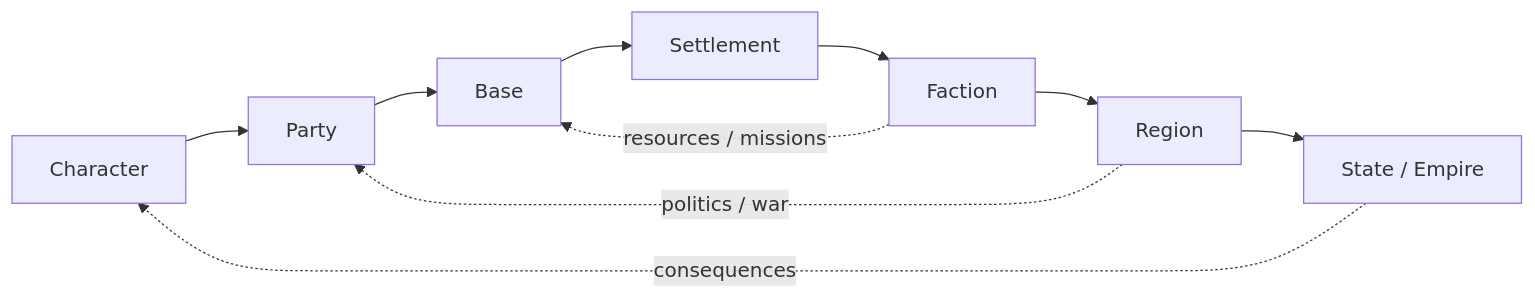
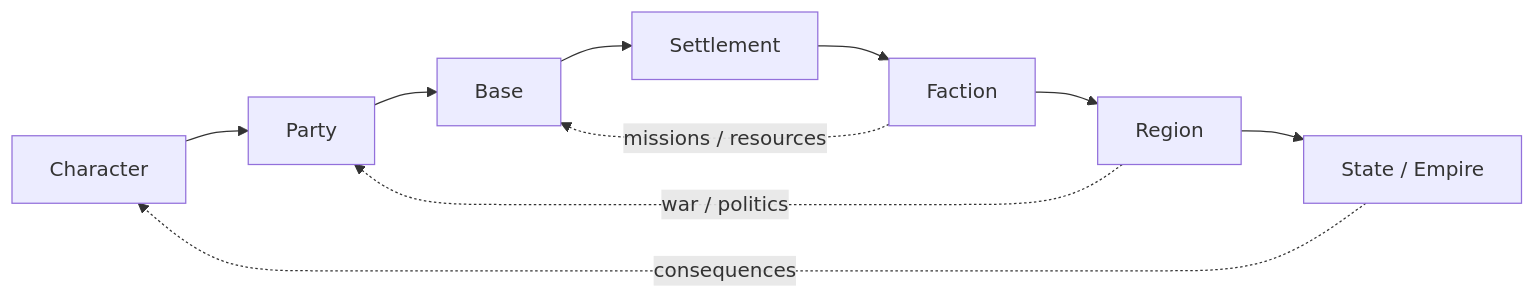
The second of 11 diagrams in README.md (Simus100/chronosaga_the_game), drawn with Mermaid before and after one commit. The commit also changed other lines of this file, not shown here.

Commit message:
docs: make README Windows-first and document P0 roadmap

````diff
--- a/README.md
+++ b/README.md
@@ -53,13 +41,13 @@
 ```mermaid
 flowchart LR
     A[Character] --> B[Party]
     B --> C[Base]
     C --> D[Settlement]
     D --> E[Faction]
     E --> F[Region]
     F --> G[State / Empire]
 
     G -. consequences .-> A
-    F -. politics / war .-> B
-    E -. resources / missions .-> C
+    F -. war / politics .-> B
+    E -. missions / resources .-> C
 ```
````
